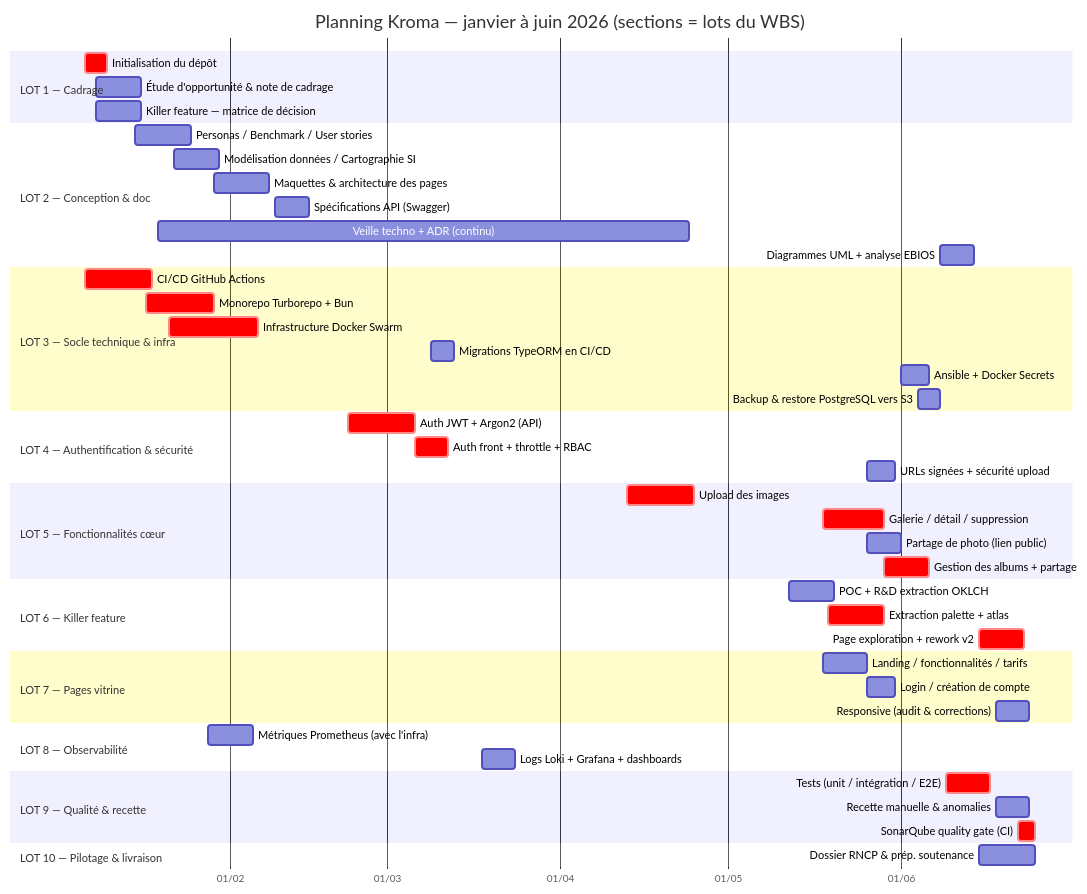
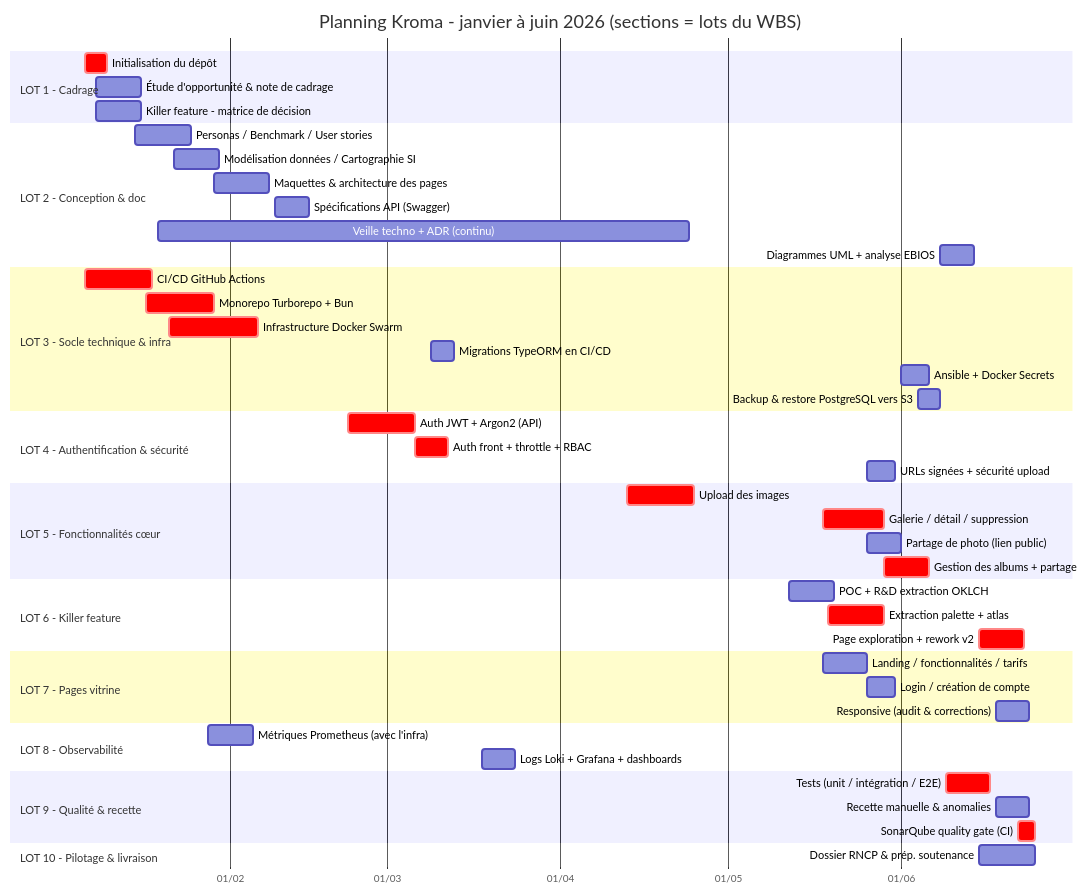
The second of 2 diagrams in docs/wbs-planning.md (TonyMascate/fil_rouge_plateforme), drawn with Mermaid before and after one commit. The commit also changed other lines of this file and 62 other files, not shown here.

````diff
--- a/docs/wbs-planning.md
+++ b/docs/wbs-planning.md
@@ -186,60 +186,60 @@
 ```mermaid
 gantt
-    title Planning Kroma — janvier à juin 2026 (sections = lots du WBS)
+    title Planning Kroma - janvier à juin 2026 (sections = lots du WBS)
     dateFormat  YYYY-MM-DD
     axisFormat  %d/%m
 
-    section LOT 1 — Cadrage
+    section LOT 1 - Cadrage
     Initialisation du dépôt               :crit, l11, 2026-01-06, 4d
     Étude d'opportunité & note de cadrage :l12, 2026-01-08, 8d
-    Killer feature — matrice de décision  :l14, 2026-01-08, 8d
+    Killer feature - matrice de décision  :l14, 2026-01-08, 8d
 
-    section LOT 2 — Conception & doc
+    section LOT 2 - Conception & doc
     Personas / Benchmark / User stories   :l21, 2026-01-15, 10d
     Modélisation données / Cartographie SI :l26, 2026-01-22, 8d
     Maquettes & architecture des pages    :l29, 2026-01-29, 10d
     Spécifications API (Swagger)          :l210, 2026-02-09, 6d
     Veille techno + ADR (continu)         :l24, 2026-01-19, 95d
     Diagrammes UML + analyse EBIOS        :l28, 2026-06-08, 6d
 
-    section LOT 3 — Socle technique & infra
+    section LOT 3 - Socle technique & infra
     CI/CD GitHub Actions                  :crit, l33, 2026-01-06, 12d
     Monorepo Turborepo + Bun              :crit, l31, 2026-01-17, 12d
     Infrastructure Docker Swarm           :crit, l32, 2026-01-21, 16d
     Migrations TypeORM en CI/CD           :l34, 2026-03-09, 4d
     Ansible + Docker Secrets              :l35, 2026-06-01, 5d
     Backup & restore PostgreSQL vers S3   :l38, 2026-06-04, 4d
 
-    section LOT 4 — Authentification & sécurité
+    section LOT 4 - Authentification & sécurité
     Auth JWT + Argon2 (API)               :crit, l41, 2026-02-22, 12d
     Auth front + throttle + RBAC          :crit, l42, 2026-03-06, 6d
     URLs signées + sécurité upload        :l46, 2026-05-26, 5d
 
-    section LOT 5 — Fonctionnalités cœur
+    section LOT 5 - Fonctionnalités cœur
     Upload des images                     :crit, l51, 2026-04-13, 12d
     Galerie / détail / suppression        :crit, l52, 2026-05-18, 11d
     Partage de photo (lien public)        :l54, 2026-05-26, 6d
     Gestion des albums + partage          :crit, l55, 2026-05-29, 8d
 
-    section LOT 6 — Killer feature
+    section LOT 6 - Killer feature
     POC + R&D extraction OKLCH            :l61, 2026-05-12, 8d
     Extraction palette + atlas            :crit, l62, 2026-05-19, 10d
     Page exploration + rework v2          :crit, l65, 2026-06-15, 8d
 
-    section LOT 7 — Pages vitrine
+    section LOT 7 - Pages vitrine
     Landing / fonctionnalités / tarifs    :l71, 2026-05-18, 8d
     Login / création de compte            :l74, 2026-05-26, 5d
     Responsive (audit & corrections)      :l75, 2026-06-18, 6d
 
-    section LOT 8 — Observabilité
+    section LOT 8 - Observabilité
     Métriques Prometheus (avec l'infra)   :l81, 2026-01-28, 8d
     Logs Loki + Grafana + dashboards      :l82, 2026-03-18, 6d
 
-    section LOT 9 — Qualité & recette
+    section LOT 9 - Qualité & recette
     Tests (unit / intégration / E2E)      :crit, l91, 2026-06-09, 8d
     Recette manuelle & anomalies          :l96, 2026-06-18, 6d
     SonarQube quality gate (CI)           :crit, l95, 2026-06-22, 3d
 
-    section LOT 10 — Pilotage & livraison
+    section LOT 10 - Pilotage & livraison
     Dossier RNCP & prép. soutenance       :l102, 2026-06-15, 10d
 ```
````
